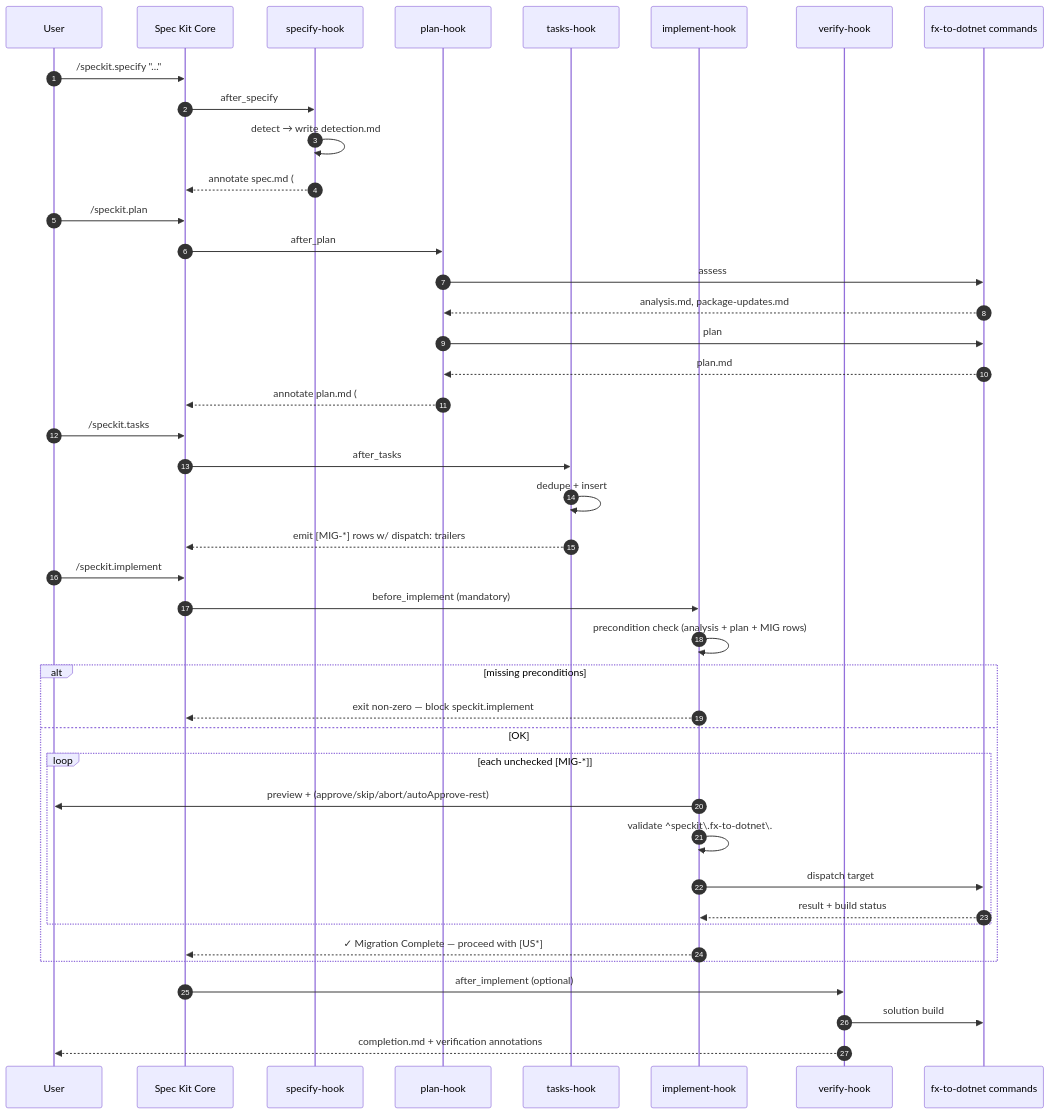
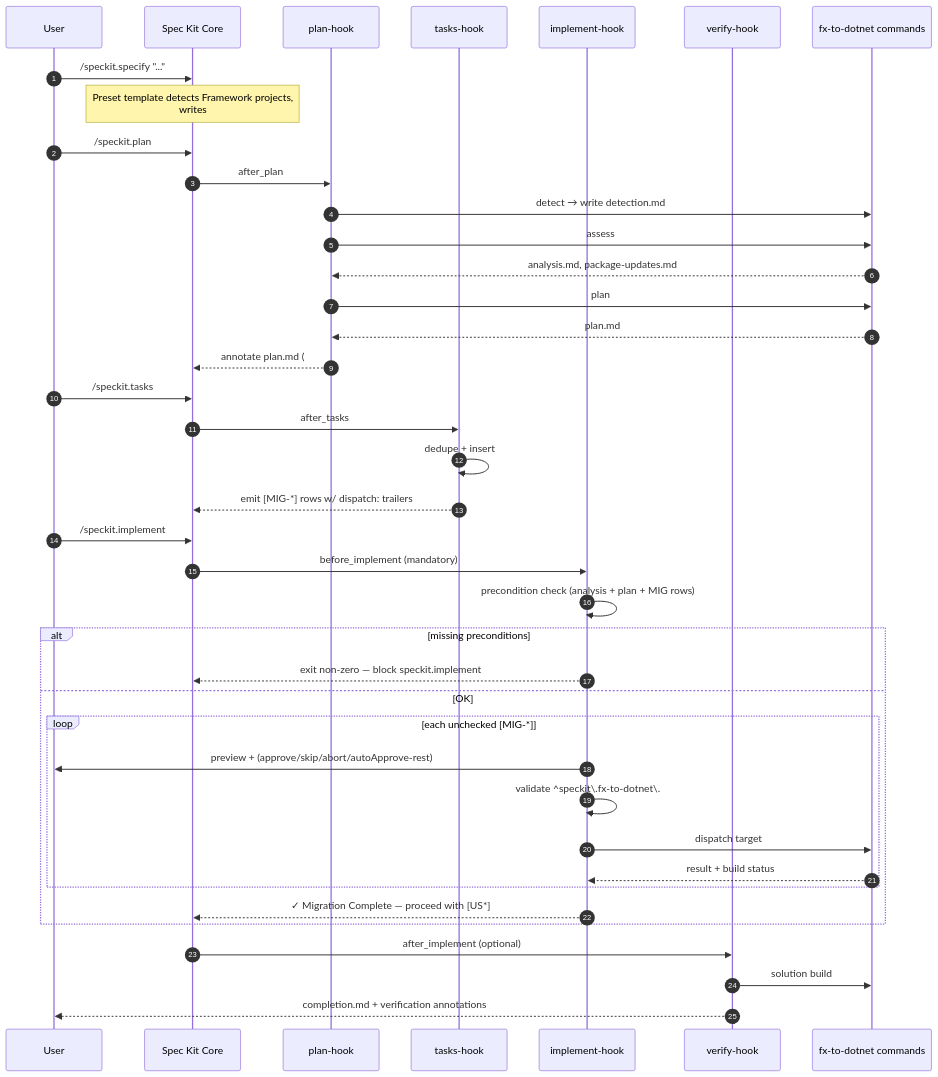
The fourth of 6 diagrams in fx-to-dotnet/README.md (RogerBestMsft/spec-kit-FxToNet), drawn with Mermaid before and after one commit. The commit also changed other lines of this file and 8 other files, not shown here.

````diff
--- a/fx-to-dotnet/README.md
+++ b/fx-to-dotnet/README.md
@@ -252,48 +252,46 @@
 ```mermaid
 sequenceDiagram
     autonumber
     participant U as User
     participant Core as Spec Kit Core
-    participant SH as specify-hook
     participant PH as plan-hook
     participant TH as tasks-hook
     participant IH as implement-hook
     participant VH as verify-hook
     participant Cmd as fx-to-dotnet commands
 
     U->>Core: /speckit.specify "..."
-    Core->>SH: after_specify
-    SH->>SH: detect → write detection.md
-    SH-->>Core: annotate spec.md (## Migration Context Detected)
+    Note over Core: Preset template detects Framework projects,<br/>writes ## Migration Context to spec.md
 
     U->>Core: /speckit.plan
     Core->>PH: after_plan
+    PH->>Cmd: detect → write detection.md
     PH->>Cmd: assess
     Cmd-->>PH: analysis.md, package-updates.md
     PH->>Cmd: plan
     Cmd-->>PH: plan.md
     PH-->>Core: annotate plan.md (## .NET Migration Plan)
 
     U->>Core: /speckit.tasks
     Core->>TH: after_tasks
     TH->>TH: dedupe + insert ## Phase N: Migration
     TH-->>Core: emit [MIG-*] rows w/ dispatch: trailers
 
     U->>Core: /speckit.implement
     Core->>IH: before_implement (mandatory)
     IH->>IH: precondition check (analysis + plan + MIG rows)
     alt missing preconditions
         IH-->>Core: exit non-zero — block speckit.implement
     else OK
         loop each unchecked [MIG-*]
             IH->>U: preview + (approve/skip/abort/autoApprove-rest)
             IH->>IH: validate ^speckit\.fx-to-dotnet\.
             IH->>Cmd: dispatch target
             Cmd-->>IH: result + build status
         end
         IH-->>Core: ✓ Migration Complete — proceed with [US*]
     end
     Core->>VH: after_implement (optional)
     VH->>Cmd: solution build
     VH-->>U: completion.md + verification annotations
 ```
````
